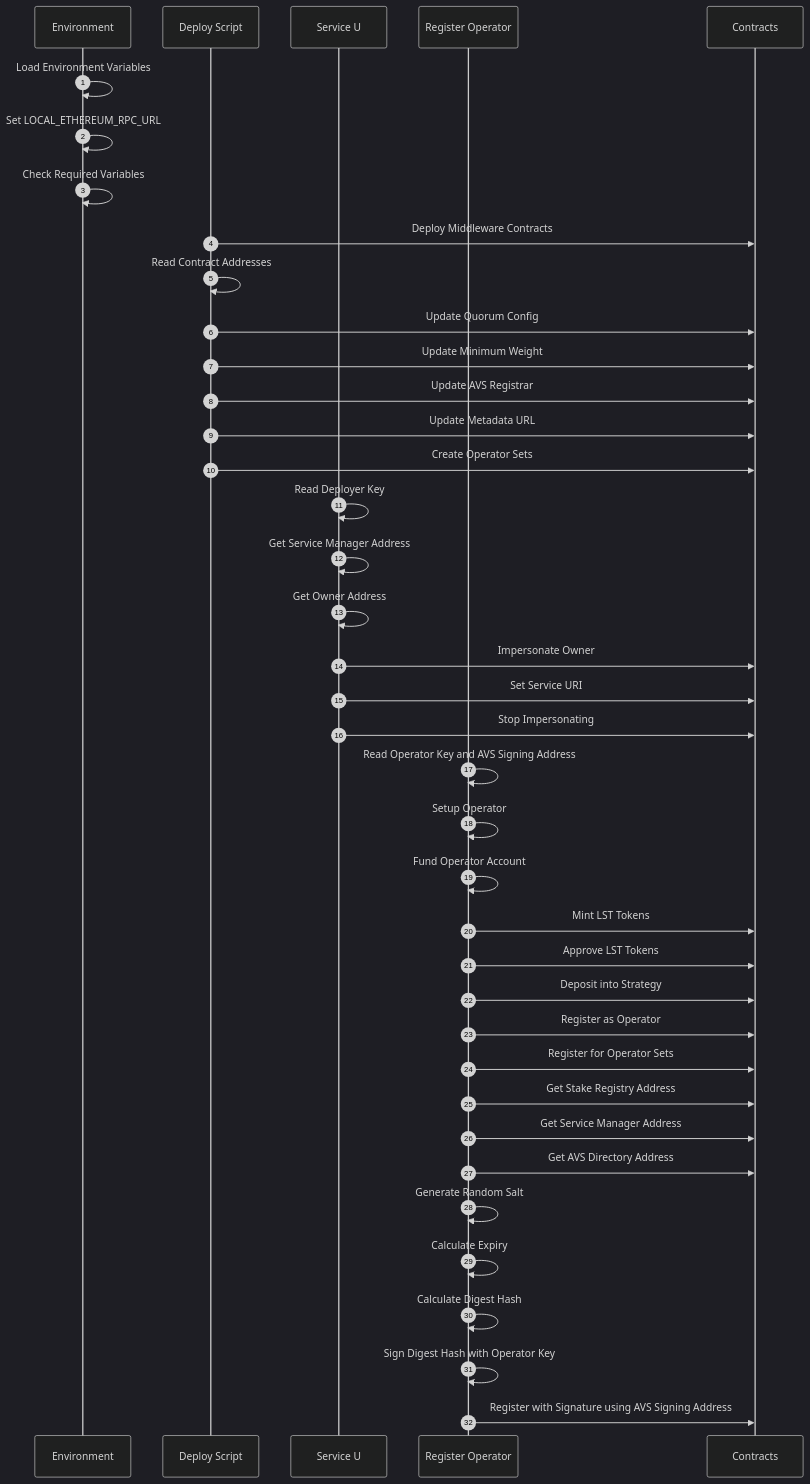
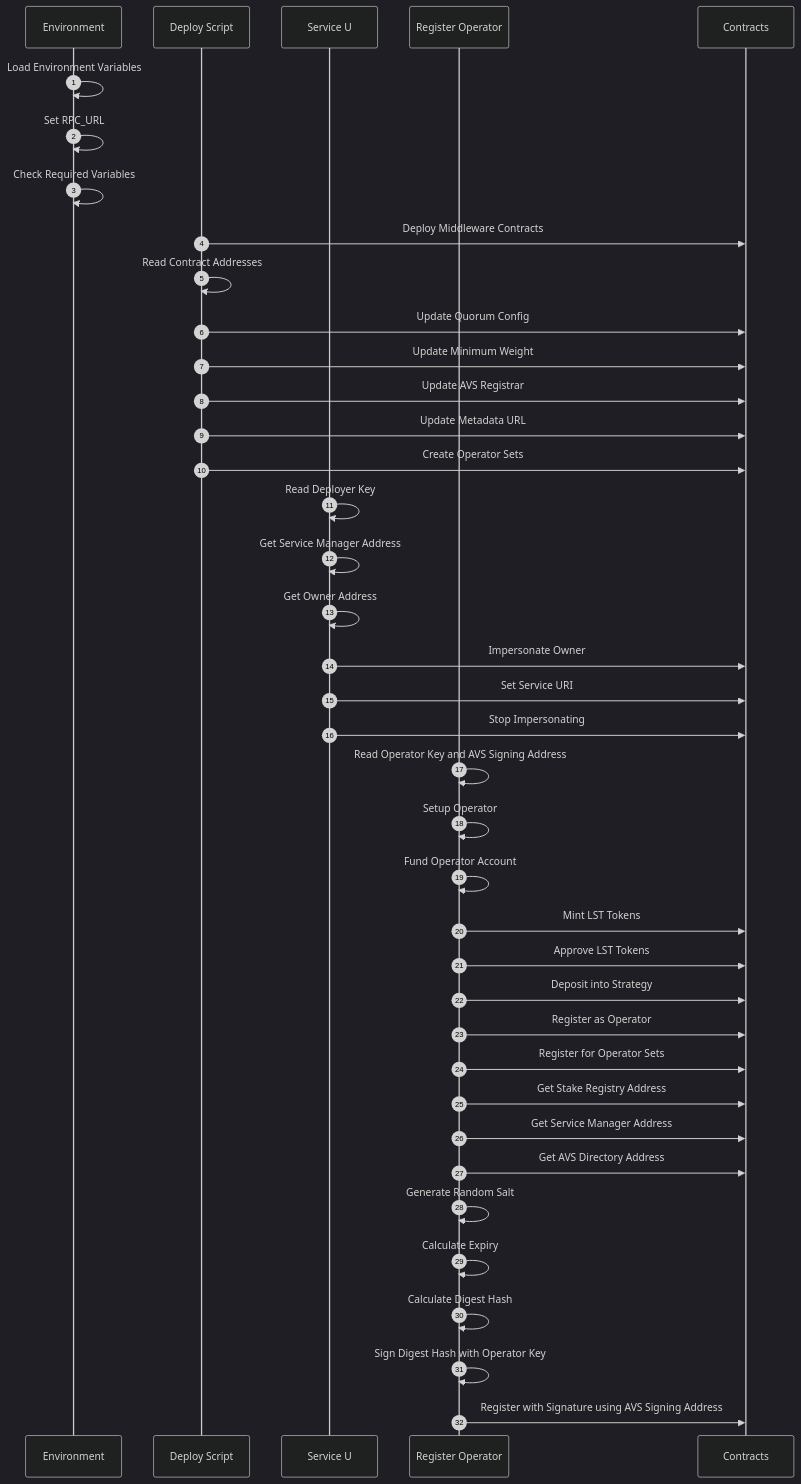
The diagram in README.md (Lay3rLabs/wavs-middleware), drawn with Mermaid (dark theme) before and after one commit. The commit also changed other lines of this file and 21 other files, not shown here.

Commit message:
chore: unique rpc url for local and testnet

````diff
--- a/README.md
+++ b/README.md
@@ -433,45 +426,45 @@
 ```mermaid
 sequenceDiagram
     autonumber
     participant Env as Environment
     participant Deploy as Deploy Script
     participant Service as Service U
     participant Register as Register Operator
     participant Contracts as Contracts
 
     Env->>Env: Load Environment Variables
-    Env->>Env: Set LOCAL_ETHEREUM_RPC_URL
+    Env->>Env: Set RPC_URL
     Env->>Env: Check Required Variables
 
     Deploy->>Contracts: Deploy Middleware Contracts
     Deploy->>Deploy: Read Contract Addresses
     Deploy->>Contracts: Update Quorum Config
     Deploy->>Contracts: Update Minimum Weight
     Deploy->>Contracts: Update AVS Registrar
     Deploy->>Contracts: Update Metadata URL
     Deploy->>Contracts: Create Operator Sets
 
     Service->>Service: Read Deployer Key
     Service->>Service: Get Service Manager Address
     Service->>Service: Get Owner Address
     Service->>Contracts: Impersonate Owner
     Service->>Contracts: Set Service URI
     Service->>Contracts: Stop Impersonating
 
     Register->>Register: Read Operator Key and AVS Signing Address
     Register->>Register: Setup Operator
     Register->>Register: Fund Operator Account
     Register->>Contracts: Mint LST Tokens
     Register->>Contracts: Approve LST Tokens
     Register->>Contracts: Deposit into Strategy
     Register->>Contracts: Register as Operator
     Register->>Contracts: Register for Operator Sets
     Register->>Contracts: Get Stake Registry Address
     Register->>Contracts: Get Service Manager Address
     Register->>Contracts: Get AVS Directory Address
     Register->>Register: Generate Random Salt
     Register->>Register: Calculate Expiry
     Register->>Register: Calculate Digest Hash
     Register->>Register: Sign Digest Hash with Operator Key
     Register->>Contracts: Register with Signature using AVS Signing Address
 ```
````
